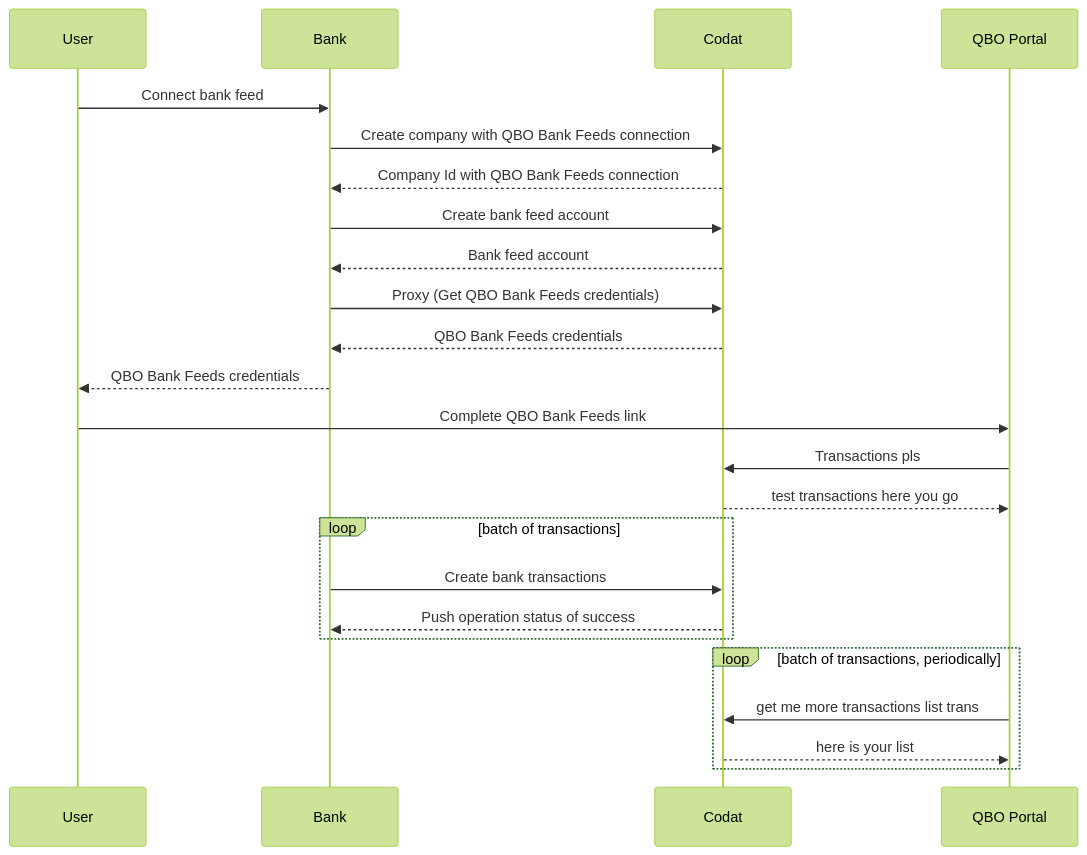
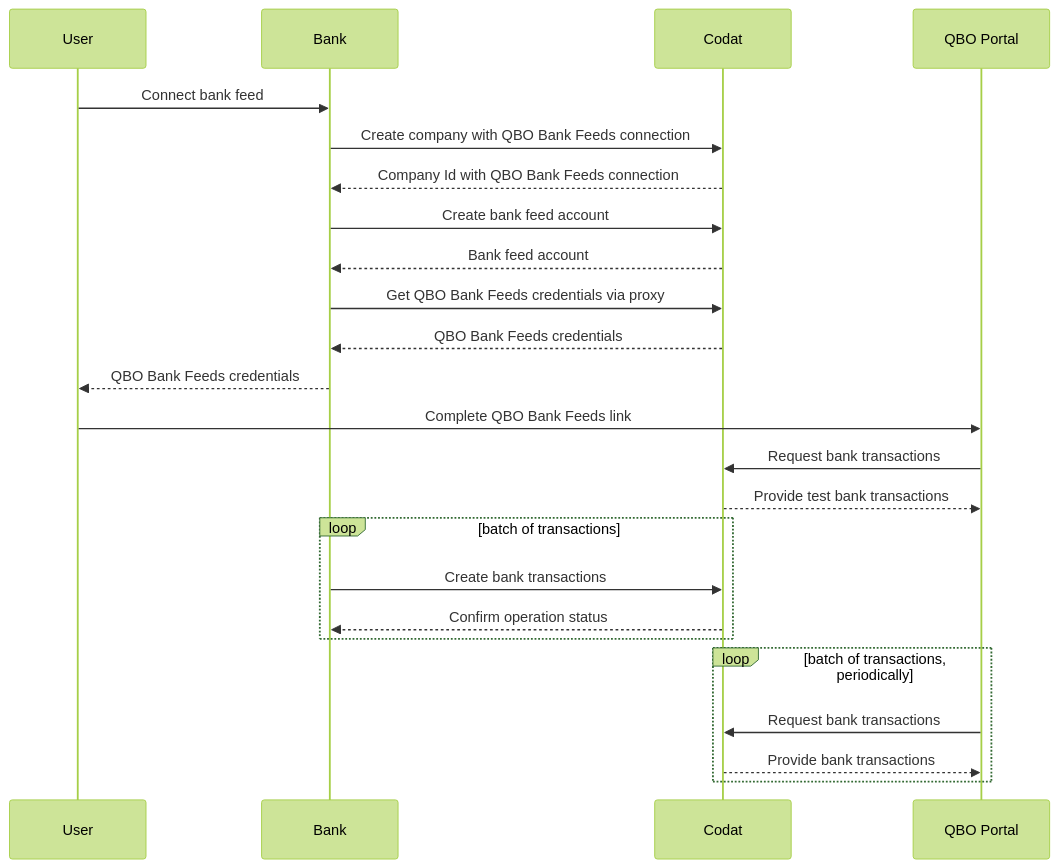
Before and after one commit to codatio/codat-docs: the diagram in docs/guides/bank-feeds-tutorial.md, drawn with Mermaid (forest theme). The commit also changed other lines of this file, not shown here.

````diff
--- a/docs/guides/bank-feeds-tutorial.md
+++ b/docs/guides/bank-feeds-tutorial.md
@@ -70,26 +70,26 @@
 ``` mermaid
     sequenceDiagram
         participant frontend as User 
         participant backend as Bank
         participant codat as Codat
         participant qbo as QBO Portal
         frontend ->> backend: Connect bank feed
         backend ->> codat: Create company with QBO Bank Feeds connection
         codat -->> backend: Company Id with QBO Bank Feeds connection
         backend ->> codat: Create bank feed account
         codat -->> backend: Bank feed account
-        backend ->> codat: Proxy (Get QBO Bank Feeds credentials)
+        backend ->> codat: Get QBO Bank Feeds credentials via proxy
         codat -->> backend: QBO Bank Feeds credentials
         backend -->> frontend: QBO Bank Feeds credentials
         frontend ->> qbo: Complete QBO Bank Feeds link
-        qbo ->> codat: Transactions pls
-        codat -->> qbo: test transactions here you go
+        qbo ->> codat: Request bank transactions
+        codat -->> qbo: Provide test bank transactions
         loop batch of transactions
             backend ->> codat: Create bank transactions
-            codat -->> backend: Push operation status of success
+            codat -->> backend: Confirm operation status
         end
         loop batch of transactions, periodically
-            qbo ->> codat: get me more transactions list trans
-            codat -->> qbo: here is your list
+            qbo ->> codat: Request bank transactions
+            codat -->> qbo: Provide bank transactions
         end
 ```
````
